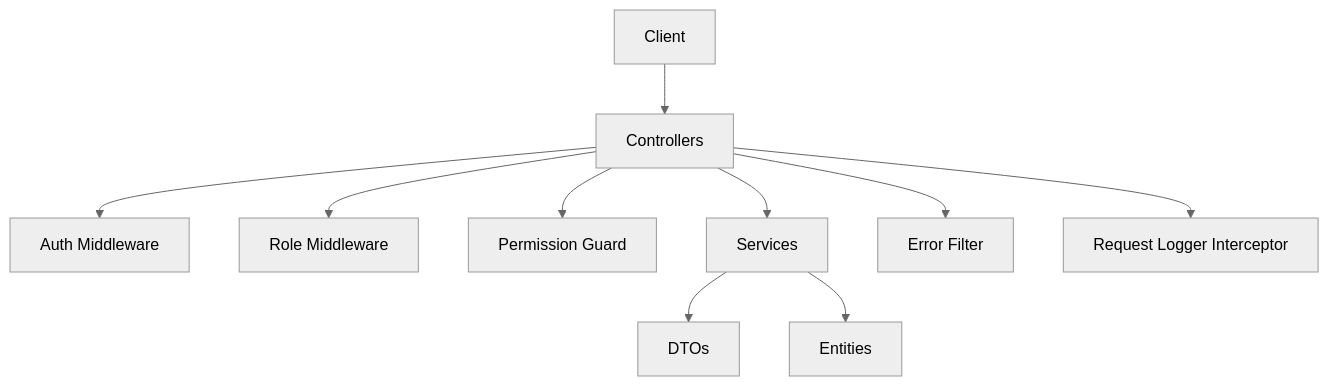
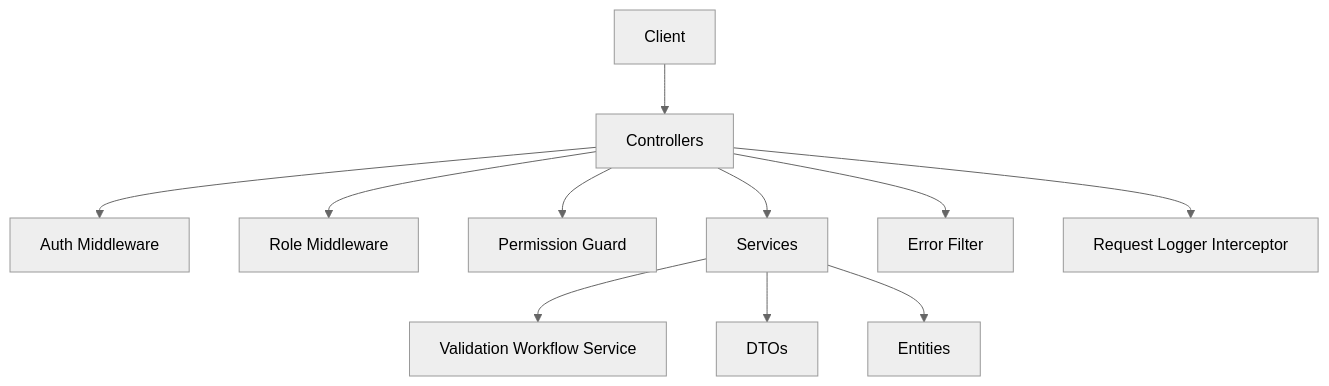
One commit to franckylab/eLISAschool changed the second of 8 diagrams in .qoder/repowiki/en/content/Backend API Documentation/Academic Management API.md. Above: the diagram before and after it, drawn with Mermaid (neutral theme). The commit also changed other lines of this file and 358 other files, not shown here.

First line of the commit message:
feat(validation): intégrer le système de workflow de validation

````diff
--- a/.qoder/repowiki/en/content/Backend API Documentation/Academic Management API.md
+++ b/.qoder/repowiki/en/content/Backend API Documentation/Academic Management API.md
@@ -345,22 +373,24 @@
 ```mermaid
 graph TB
 Client["Client"]
 Ctrl["Controllers"]
 AuthMW["Auth Middleware"]
 RoleMW["Role Middleware"]
 Guard["Permission Guard"]
 Service["Services"]
+ValidationService["Validation Workflow Service"]
 DTO["DTOs"]
 Entity["Entities"]
 Filter["Error Filter"]
 Interceptor["Request Logger Interceptor"]
 Client --> Ctrl
 Ctrl --> AuthMW
 Ctrl --> RoleMW
 Ctrl --> Guard
 Ctrl --> Service
+Service --> ValidationService
 Service --> DTO
 Service --> Entity
 Ctrl --> Filter
 Ctrl --> Interceptor
 ```
````
